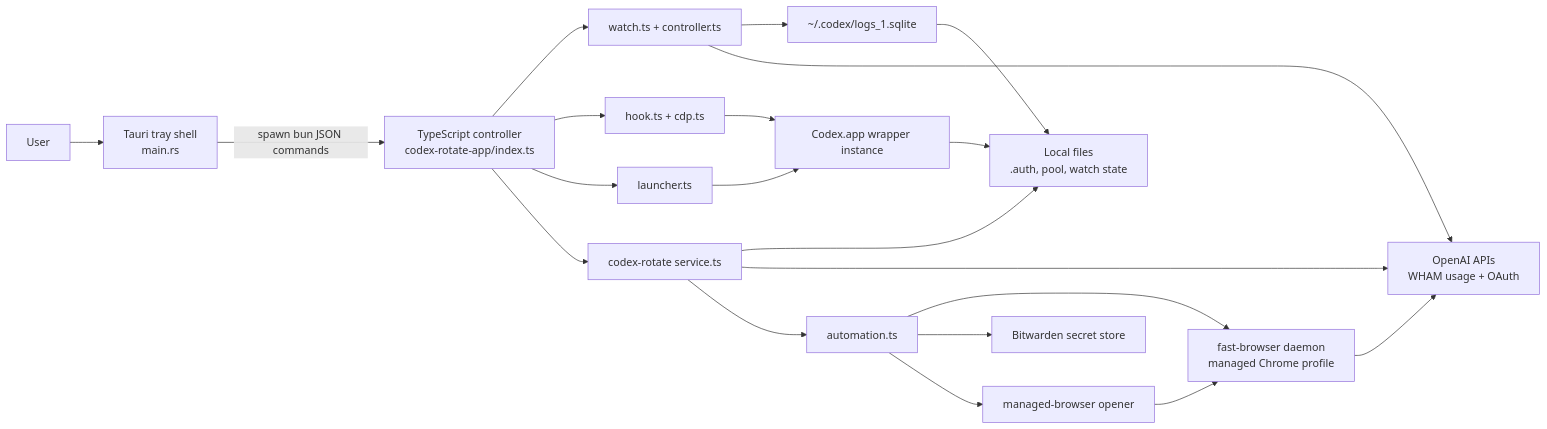
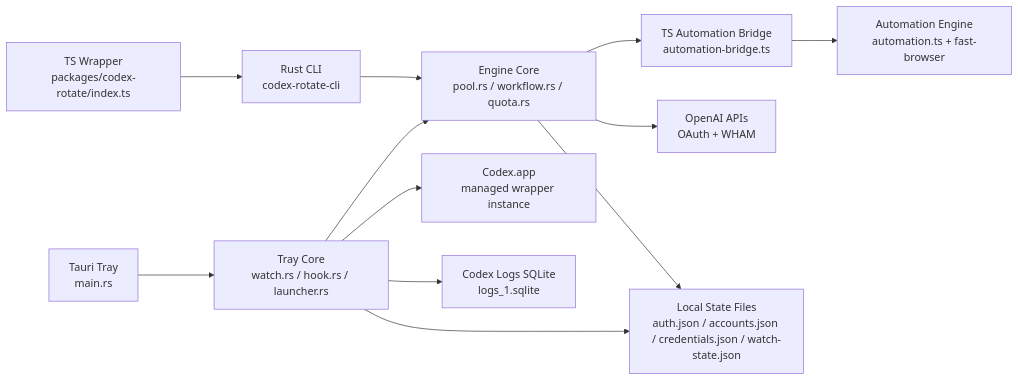
One commit to omar391/ai-tools changed the first of 5 diagrams in packages/codex-rotate-app/architecture.md. Above: the diagram before and after it, drawn with Mermaid. The commit also changed other lines of this file and 38 other files, not shown here.

Commit message:
refactor(codex-rotate): split tray runtime from shared core

````diff
--- a/packages/codex-rotate-app/architecture.md
+++ b/packages/codex-rotate-app/architecture.md
@@ -61,39 +25,26 @@
 ```mermaid
 flowchart LR
-  User["User"]
-  Tray["Tauri tray shell\nmain.rs"]
-  Bun["TypeScript controller\ncodex-rotate-app/index.ts"]
-  Watch["watch.ts + controller.ts"]
-  Hook["hook.ts + cdp.ts"]
-  Launcher["launcher.ts"]
-  Engine["codex-rotate service.ts"]
-  Auto["automation.ts"]
-  Shim["managed-browser opener"]
-  Codex["Codex.app wrapper instance"]
-  OpenAI["OpenAI APIs\nWHAM usage + OAuth"]
-  FastBrowser["fast-browser daemon\nmanaged Chrome profile"]
-  Bitwarden["Bitwarden secret store"]
-  Files["Local files\n.auth, pool, watch state"]
-  Logs["~/.codex/logs_1.sqlite"]
+  Tray["Tauri Tray<br/>main.rs"]
+  TrayCore["Tray Core<br/>watch.rs / hook.rs / launcher.rs"]
+  Engine["Engine Core<br/>pool.rs / workflow.rs / quota.rs"]
+  CLI["Rust CLI<br/>codex-rotate-cli"]
+  Wrapper["TS Wrapper<br/>packages/codex-rotate/index.ts"]
+  Bridge["TS Automation Bridge<br/>automation-bridge.ts"]
+  Auto["Automation Engine<br/>automation.ts + fast-browser"]
+  Codex["Codex.app<br/>managed wrapper instance"]
+  OpenAI["OpenAI APIs<br/>OAuth + WHAM"]
+  Files["Local State Files<br/>auth.json / accounts.json / credentials.json / watch-state.json"]
+  Sqlite["Codex Logs SQLite<br/>logs_1.sqlite"]
 
-  User --> Tray
-  Tray -->|spawn bun JSON commands| Bun
-  Bun --> Watch
-  Bun --> Hook
-  Bun --> Launcher
-  Bun --> Engine
-  Watch --> Logs
-  Watch --> OpenAI
-  Hook --> Codex
-  Launcher --> Codex
+  Tray --> TrayCore
+  TrayCore --> Engine
+  CLI --> Engine
+  Wrapper --> CLI
+  TrayCore --> Codex
+  TrayCore --> Files
+  TrayCore --> Sqlite
+  Engine --> OpenAI
   Engine --> Files
-  Engine --> OpenAI
-  Engine --> Auto
-  Auto --> FastBrowser
-  Auto --> Bitwarden
-  Auto --> Shim
-  Shim --> FastBrowser
-  FastBrowser --> OpenAI
-  Codex --> Files
-  Logs --> Files
+  Engine --> Bridge
+  Bridge --> Auto
 ```
````
